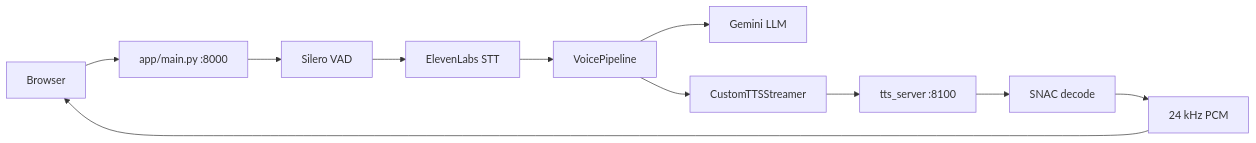
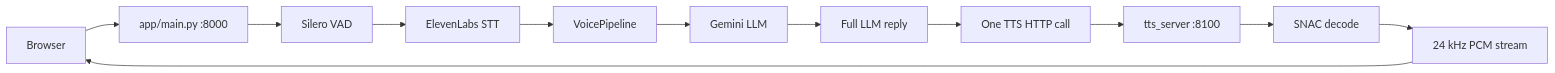
One commit to elon-muskmelon/Walm-Voice-AI-Agent changed the diagram in README.md. Above: the diagram before and after it, drawn with Mermaid. The commit also changed other lines of this file and 16 other files, not shown here.

````diff
--- a/README.md
+++ b/README.md
@@ -64,13 +66,14 @@
 ```mermaid
 flowchart LR
   Browser --> MainApp["app/main.py :8000"]
   MainApp --> VAD["Silero VAD"]
   VAD --> STT["ElevenLabs STT"]
   STT --> Pipeline["VoicePipeline"]
   Pipeline --> Gemini["Gemini LLM"]
-  Pipeline --> TTSClient["CustomTTSStreamer"]
+  Gemini --> Collect["Full LLM reply"]
+  Collect --> TTSClient["One TTS HTTP call"]
   TTSClient --> Sidecar["tts_server :8100"]
   Sidecar --> SNAC["SNAC decode"]
-  SNAC --> PCM["24 kHz PCM"]
+  SNAC --> PCM["24 kHz PCM stream"]
   PCM --> Browser
 ```
````
